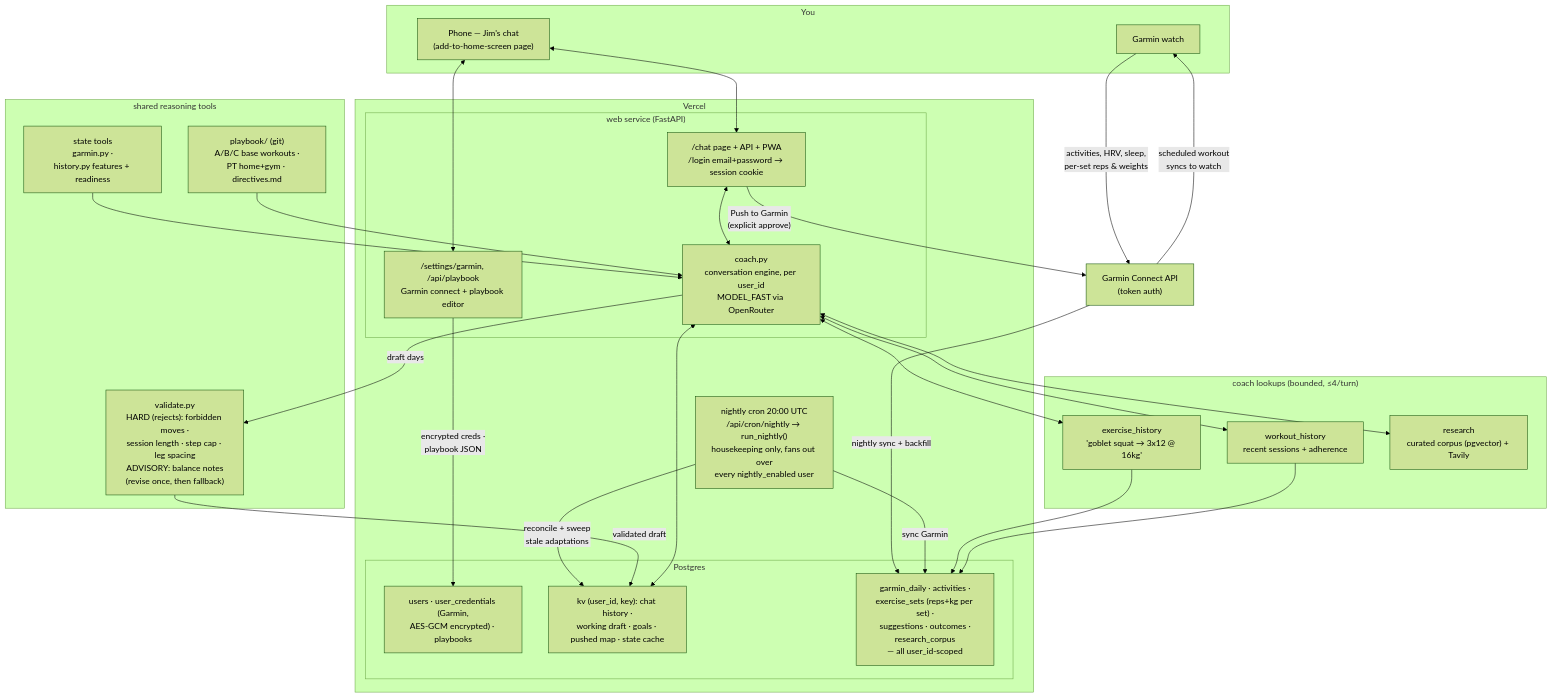
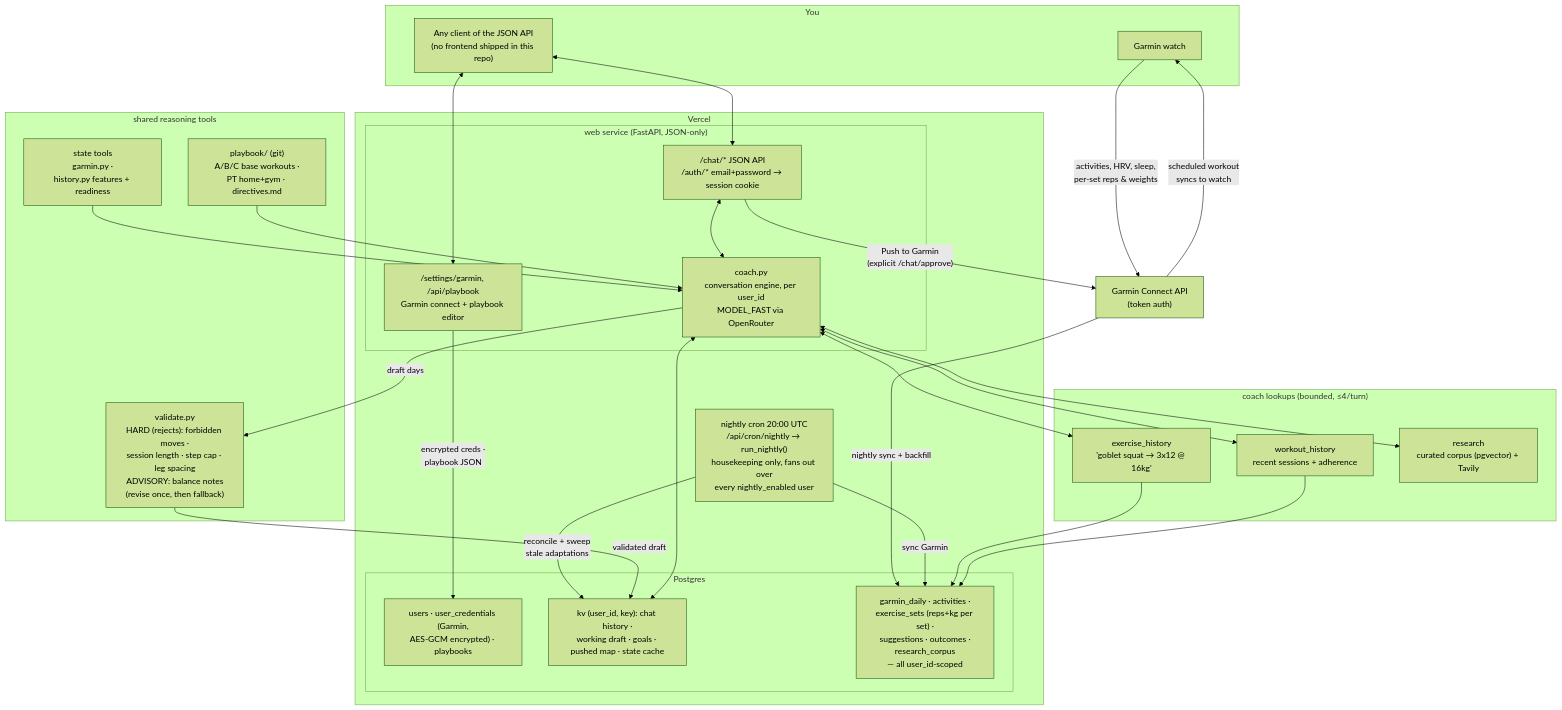
One commit to Lakshita110/jim-fitness-agent changed the diagram in docs/architecture.md. Above: the diagram before and after it, drawn with Mermaid (forest theme). The commit also changed other lines of this file and 5 other files, not shown here.

First line of the commit message:
Update docs to reflect the backend-only API

````diff
--- a/docs/architecture.md
+++ b/docs/architecture.md
@@ -7,55 +7,55 @@
 ```mermaid
 flowchart TB
     subgraph you["You"]
         WATCH["Garmin watch"]
-        PHONE["Phone — Jim's chat<br/>(add-to-home-screen page)"]
+        CLIENT["Any client of the JSON API<br/>(no frontend shipped in this repo)"]
     end
 
     subgraph vercel["Vercel"]
-        subgraph web["web service (FastAPI)"]
-            CHATUI["/chat page + API + PWA<br/>/login email+password → session cookie"]
+        subgraph web["web service (FastAPI, JSON-only)"]
+            CHATAPI["/chat/* JSON API<br/>/auth/* email+password → session cookie"]
             SETTINGS["/settings/garmin, /api/playbook<br/>Garmin connect + playbook editor"]
             COACH["coach.py<br/>conversation engine, per user_id<br/>MODEL_FAST via OpenRouter"]
         end
         CRON["nightly cron 20:00 UTC<br/>/api/cron/nightly → run_nightly()<br/>housekeeping only, fans out over<br/>every nightly_enabled user"]
         subgraph pg["Postgres"]
             USERS["users · user_credentials (Garmin,<br/>AES-GCM encrypted) · playbooks"]
             KV["kv (user_id, key): chat history ·<br/>working draft · goals · pushed map · state cache"]
             TABLES["garmin_daily · activities ·<br/>exercise_sets (reps+kg per set) ·<br/>suggestions · outcomes ·<br/>research_corpus<br/>— all user_id-scoped"]
         end
     end
 
     subgraph loop["shared reasoning tools"]
         STATE["state tools<br/>garmin.py ·<br/>history.py features + readiness"]
         VALIDATE["validate.py<br/>HARD (rejects): forbidden moves ·<br/>session length · step cap · leg spacing<br/>ADVISORY: balance notes<br/>(revise once, then fallback)"]
         PLAYBOOK["playbook/ (git)<br/>A/B/C base workouts ·<br/>PT home+gym · directives.md"]
     end
 
     subgraph lookups["coach lookups (bounded, ≤4/turn)"]
         EXH["exercise_history<br/>'goblet squat → 3x12 @ 16kg'"]
         WKH["workout_history<br/>recent sessions + adherence"]
         RESEARCH["research<br/>curated corpus (pgvector) + Tavily"]
     end
 
     GARMINAPI["Garmin Connect API<br/>(token auth)"]
 
     WATCH -->|"activities, HRV, sleep,<br/>per-set reps & weights"| GARMINAPI
     GARMINAPI -->|"nightly sync + backfill"| TABLES
 
     CRON -->|"sync Garmin"| TABLES
     CRON -->|"reconcile + sweep<br/>stale adaptations"| KV
     STATE --> COACH
     PLAYBOOK --> COACH
     VALIDATE -->|"validated draft"| KV
 
-    PHONE <--> CHATUI <--> COACH
-    PHONE <--> SETTINGS -->|"encrypted creds ·<br/>playbook JSON"| USERS
+    CLIENT <--> CHATAPI <--> COACH
+    CLIENT <--> SETTINGS -->|"encrypted creds ·<br/>playbook JSON"| USERS
     COACH <--> KV
     COACH -->|"draft days"| VALIDATE
     COACH <--> EXH & WKH & RESEARCH
     EXH --> TABLES
     WKH --> TABLES
 
-    CHATUI -->|"Push to Garmin<br/>(explicit approve)"| GARMINAPI
+    CHATAPI -->|"Push to Garmin<br/>(explicit /chat/approve)"| GARMINAPI
     GARMINAPI -->|"scheduled workout<br/>syncs to watch"| WATCH
 ```
````
